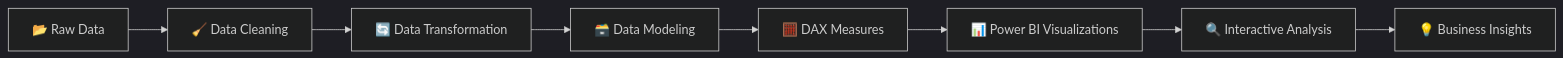
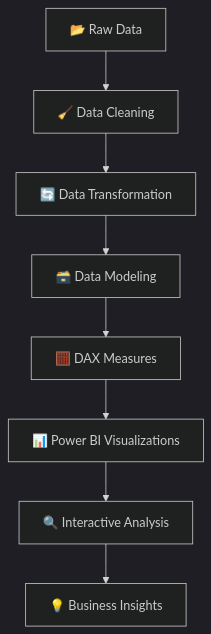
The diagram in README.md (tanishakumari939-alt/End-to-End-Supply-Chain-Inventory-Analysis), drawn with Mermaid (dark theme) before and after one commit. The commit also changed other lines of this file, not shown here.

`````diff
--- a/README.md
+++ b/README.md
@@ -195,10 +181,10 @@
 ```mermaid
-flowchart LR
+flowchart TD
     A[📂 Raw Data] --> B[🧹 Data Cleaning]
     B --> C[🔄 Data Transformation]
     C --> D[🗃️ Data Modeling]
     D --> E[🧮 DAX Measures]
     E --> F[📊 Power BI Visualizations]
     F --> G[🔍 Interactive Analysis]
     G --> H[💡 Business Insights]
 ````
`````
